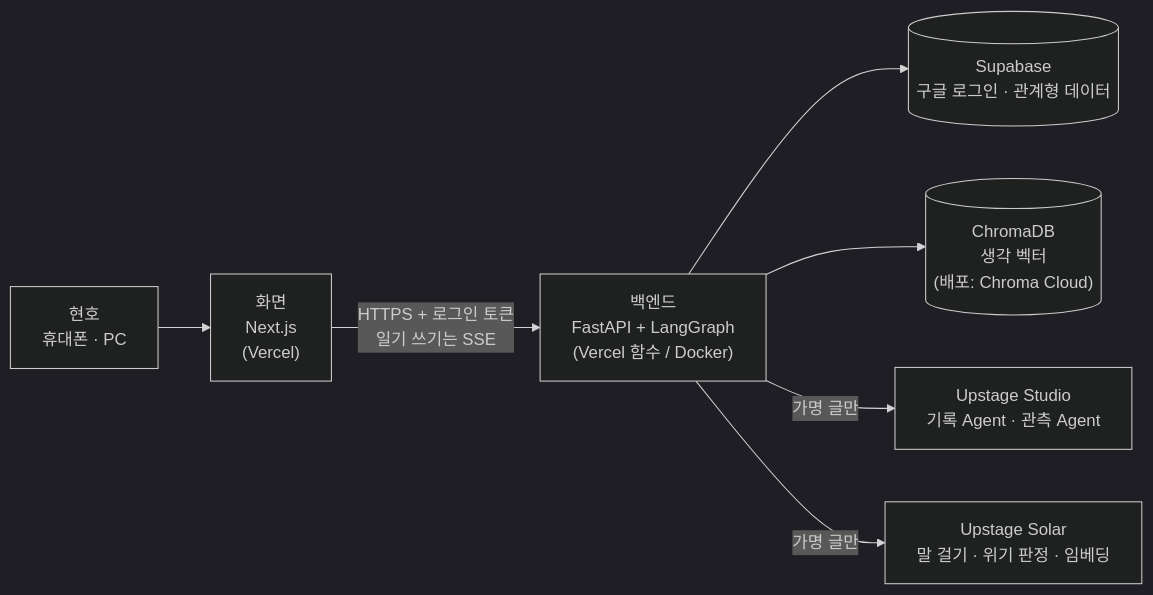
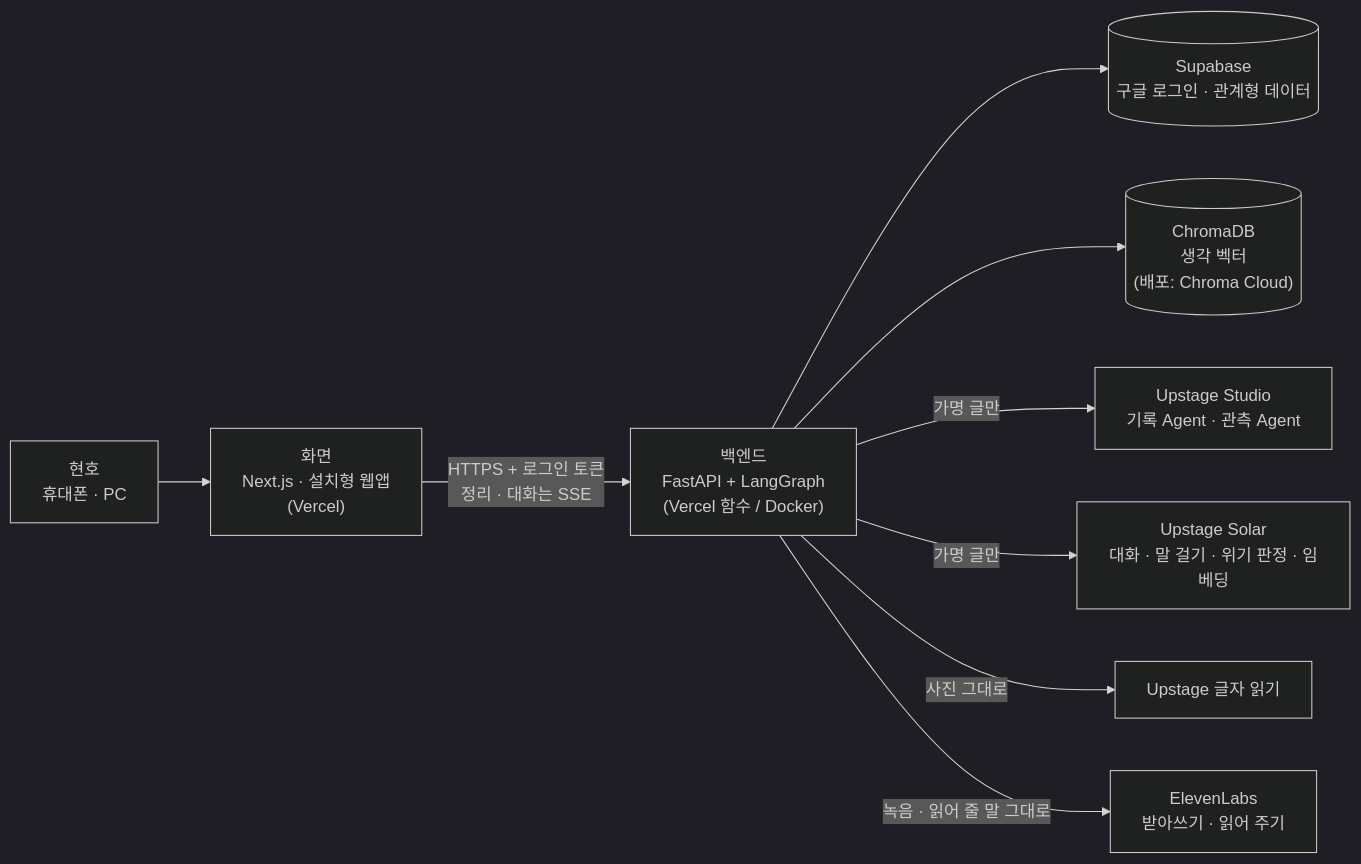
The first of 5 diagrams in docs/tech-explainer-v8.md (Lumiere001/my-universe), drawn with Mermaid (dark theme) before and after one commit. The commit also changed other lines of this file, not shown here.

````diff
--- a/docs/tech-explainer-v8.md
+++ b/docs/tech-explainer-v8.md
@@ -89,9 +134,11 @@
 ```mermaid
 flowchart LR
-    U["현호<br/>휴대폰 · PC"] --> FE["화면<br/>Next.js<br/>(Vercel)"]
-    FE -- "HTTPS + 로그인 토큰<br/>일기 쓰기는 SSE" --> BE["백엔드<br/>FastAPI + LangGraph<br/>(Vercel 함수 / Docker)"]
+    U["현호<br/>휴대폰 · PC"] --> FE["화면<br/>Next.js · 설치형 웹앱<br/>(Vercel)"]
+    FE -- "HTTPS + 로그인 토큰<br/>정리 · 대화는 SSE" --> BE["백엔드<br/>FastAPI + LangGraph<br/>(Vercel 함수 / Docker)"]
     BE --> SB[("Supabase<br/>구글 로그인 · 관계형 데이터")]
     BE --> CH[("ChromaDB<br/>생각 벡터<br/>(배포: Chroma Cloud)")]
     BE -- "가명 글만" --> ST["Upstage Studio<br/>기록 Agent · 관측 Agent"]
-    BE -- "가명 글만" --> SO["Upstage Solar<br/>말 걸기 · 위기 판정 · 임베딩"]
+    BE -- "가명 글만" --> SO["Upstage Solar<br/>대화 · 말 걸기 · 위기 판정 · 임베딩"]
+    BE -- "사진 그대로" --> OCR["Upstage 글자 읽기"]
+    BE -- "녹음 · 읽어 줄 말 그대로" --> EL["ElevenLabs<br/>받아쓰기 · 읽어 주기"]
 ```
````
